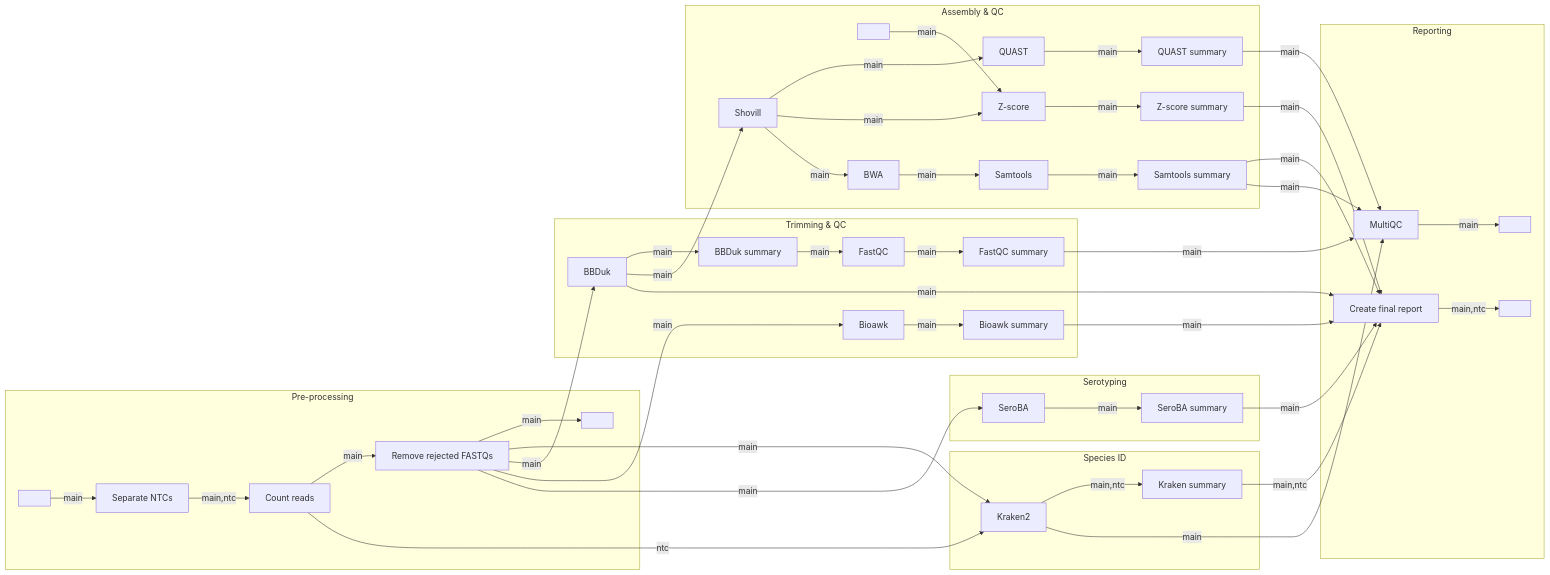
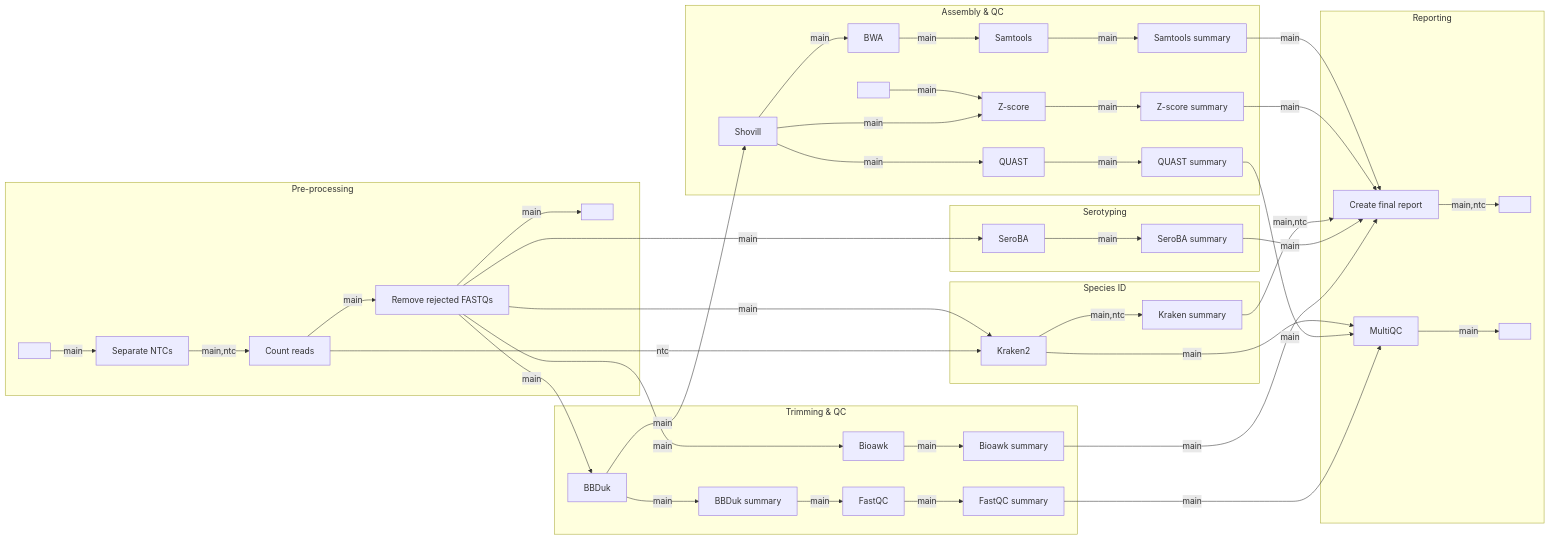
Before and after one commit to wslh-bio/SPNtypeID: the diagram in assets/spntypeid.mmd, drawn with Mermaid.

```diff
--- a/assets/spntypeid.mmd
+++ b/assets/spntypeid.mmd
@@ -1,93 +1,91 @@
 %%metro title: 
 %%metro style: dark
 %%metro file: input | FASTQ
 %%metro file: rejected_fastqs | TXT
 %%metro file: genome_stats | CSV
 %%metro file: final_report | CSV
 %%metro file: multiqc_report | HTML
-%%metro line: main | Main | #009E73
-%%metro line: ntc | NTC | #0072B2
+%%metro line: main | Main | #00904d
+%%metro line: ntc | NTC | #7058ce
 
 graph LR
     subgraph preprocessing [Pre-processing]
         input[ ]
         count[Count reads]
         rejected_fastqs[ ]
         parse_ntc[Separate NTCs]
         reject[Remove rejected FASTQs]
         input -->|main| parse_ntc
         parse_ntc -->|main,ntc| count
         count -->|main| reject
         reject -->|main| rejected_fastqs
     end
 
     subgraph read_classification [Species ID]
         kraken[Kraken2]
         kraken_sum[Kraken summary]
         kraken -->|main,ntc| kraken_sum
     end
 
     subgraph read_qc [Trimming & QC]
         trim[BBDuk]
         trim_sum[BBDuk summary]
         fastqc[FastQC]
         fastqc_sum[FastQC summary]
         bioawk[Bioawk]
         bioawk_sum[Bioawk summary]
         trim -->|main| trim_sum
         trim_sum -->|main| fastqc
         fastqc -->|main| fastqc_sum
         bioawk -->|main| bioawk_sum
     end
 
     subgraph asssembly [Assembly & QC]
         genome_stats[ ]
         assembly[Shovill]
         quast[QUAST]
         map[BWA]
         zscore[Z-score]
         zscore_sum[Z-score summary]
         quast_sum[QUAST     summary]
         cov[Samtools]
         cov_sum[Samtools summary]
         assembly -->|main| quast
         assembly -->|main| zscore
         genome_stats -->|main| zscore
         zscore -->|main| zscore_sum
         quast -->|main| quast_sum
         assembly -->|main| map
         map -->|main| cov
         cov -->|main| cov_sum
     end
 
     subgraph serotyping [Serotyping]
         serotype[SeroBA]
         serotype_sum[SeroBA summary]
         serotype -->|main| serotype_sum
     end
 
     subgraph report [Reporting]
         final_report[ ]
         multiqc_report[ ]
         create[Create final report]
         multiqc[MultiQC]
         create -->|main,ntc| final_report
         multiqc -->|main| multiqc_report
     end
 
+count -->|ntc| kraken
 reject -->|main| kraken
-count -->|ntc| kraken
 reject -->|main| trim
 reject -->|main| bioawk
+reject -->|main| serotype
 trim -->|main| assembly
 bioawk_sum -->|main| create
-reject -->|main| serotype
+fastqc_sum -->|main| multiqc
 serotype_sum -->|main| create
 kraken_sum -->|main,ntc| create
 quast_sum -->|main| multiqc
 zscore_sum -->|main| create
 cov_sum -->|main| create
-trim -->|main| create
 kraken -->|main| multiqc
-fastqc_sum -->|main| multiqc
-cov_sum -->|main| multiqc
```
